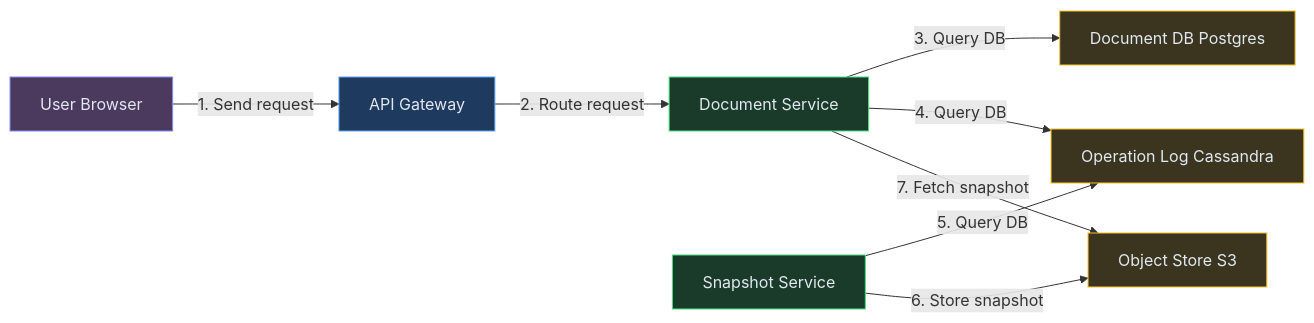
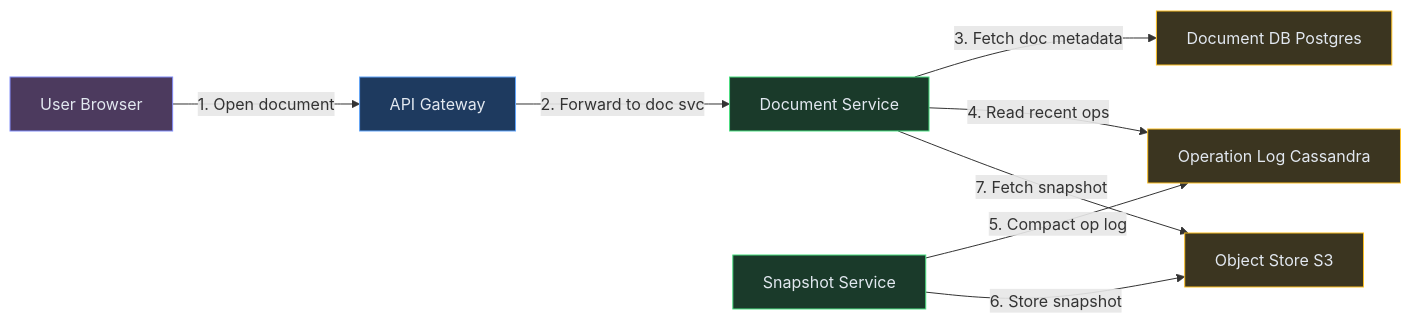
Before and after one commit to iluzn/HLD-Designs: the third of 11 diagrams in content/hld/GoogleDocs.md, drawn with Mermaid. The commit also changed other lines of this file and 27 other files, not shown here.

````diff
--- a/content/hld/GoogleDocs.md
+++ b/content/hld/GoogleDocs.md
@@ -251,23 +251,23 @@
 ```mermaid
 flowchart LR
     User["User Browser"]:::client
     GW["API Gateway"]:::edge
     DS["Document Service"]:::service
     DB["Document DB Postgres"]:::data
     OL["Operation Log Cassandra"]:::data
     SS["Snapshot Service"]:::service
     S3["Object Store S3"]:::data
 
-    User -->|"1. Send request"| GW
-    GW -->|"2. Route request"| DS
-    DS -->|"3. Query DB"| DB
-    DS -->|"4. Query DB"| OL
-    SS -->|"5. Query DB"| OL
+    User -->|"1. Open document"| GW
+    GW -->|"2. Forward to doc svc"| DS
+    DS -->|"3. Fetch doc metadata"| DB
+    DS -->|"4. Read recent ops"| OL
+    SS -->|"5. Compact op log"| OL
     SS -->|"6. Store snapshot"| S3
     DS -->|"7. Fetch snapshot"| S3
 
     classDef client fill:#4c3a5e,stroke:#818cf8,color:#e2e8f0
     classDef edge fill:#1e3a5f,stroke:#60a5fa,color:#e2e8f0
     classDef service fill:#1a3a2a,stroke:#4ade80,color:#e2e8f0
     classDef data fill:#3b3520,stroke:#fbbf24,color:#e2e8f0
 ```
````
